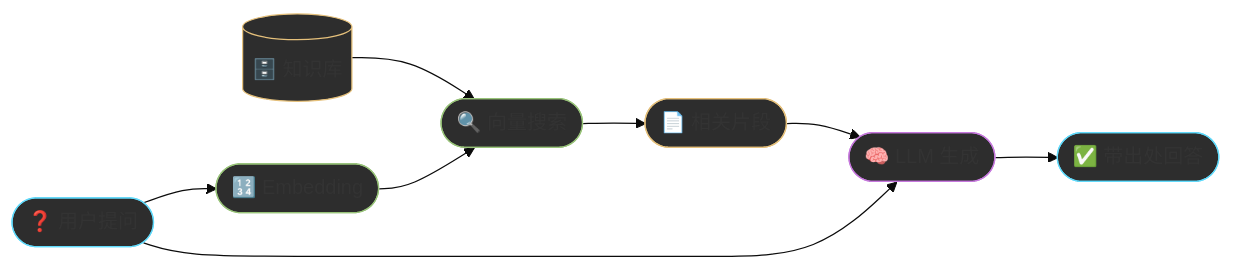
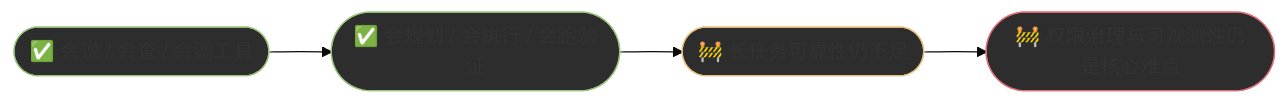
One commit to zht043/AgenticCodingTutorial changed the third of 3 diagrams in docs/chapters/ch13-history.md. Above: the diagram before and after it, drawn with Mermaid (base theme). The commit also changed other lines of this file and 69 other files, not shown here.

Commit message:
optimize docs and add mermaid validation

````diff
--- a/docs/chapters/ch13-history.md
+++ b/docs/chapters/ch13-history.md
@@ -60,18 +179,11 @@
 ```mermaid
 flowchart LR
-    Q(["❓ 用户提问"]) --> EMB(["🔢 Embedding"])
-    DB[("🗄️ 知识库")] --> Search(["🔍 向量搜索"])
-    EMB --> Search
-    Search --> Retrieved(["📄 相关片段"])
-    Retrieved --> LLM(["🧠 LLM 生成"])
-    Q --> LLM
-    LLM --> A(["✅ 带出处回答"])
+    A(["✅ 会说 / 会查 / 会调工具"]) --> B(["✅ 会规划 / 会执行 / 会跑验证"])
+    B --> C(["🚧 长任务可靠性仍不足"])
+    C --> D(["🚧 权限治理与可观测性仍是核心难点"])
 
-    style Q fill:#2d2d2d,stroke:#61dafb
-    style EMB fill:#2d2d2d,stroke:#98c379
-    style DB fill:#2d2d2d,stroke:#e5c07b
-    style Search fill:#2d2d2d,stroke:#98c379
-    style Retrieved fill:#2d2d2d,stroke:#e5c07b
-    style LLM fill:#2d2d2d,stroke:#c678dd
-    style A fill:#2d2d2d,stroke:#61dafb
+    style A fill:#2d2d2d,stroke:#98c379
+    style B fill:#2d2d2d,stroke:#98c379
+    style C fill:#2d2d2d,stroke:#e5c07b
+    style D fill:#2d2d2d,stroke:#e06c75
 ```
````
